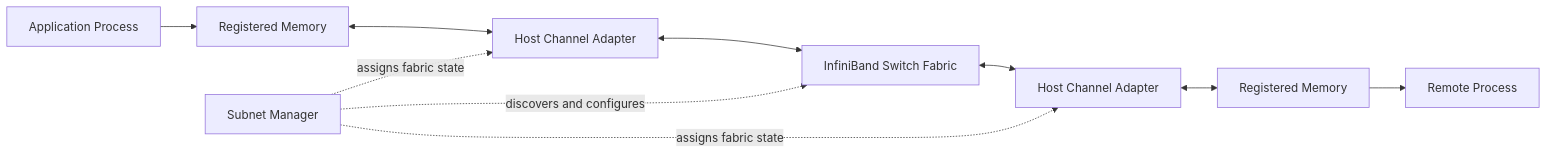
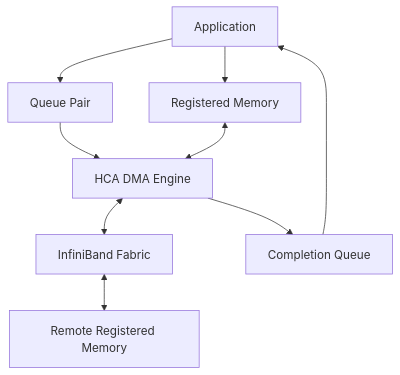
One commit to jithinpnjm/nvidia-devops changed the third of 3 diagrams in docs/nvidia-zero-to-hero/volume-08/chapter-01-why-infiniband-exists.md. Above: the diagram before and after it, drawn with Mermaid. The commit also changed other lines of this file, not shown here.

````diff
--- a/docs/nvidia-zero-to-hero/volume-08/chapter-01-why-infiniband-exists.md
+++ b/docs/nvidia-zero-to-hero/volume-08/chapter-01-why-infiniband-exists.md
@@ -60,18 +166,17 @@
 ```mermaid
-flowchart LR
-    App0[Application Process]
-    Memory0[Registered Memory]
-    HCA0[Host Channel Adapter]
-    Switches[InfiniBand Switch Fabric]
-    HCA1[Host Channel Adapter]
-    Memory1[Registered Memory]
-    App1[Remote Process]
-    SM[Subnet Manager]
+flowchart TD
+    App[Application]
+    Reg[Registered Memory]
+    QP[Queue Pair]
+    HCA[HCA DMA Engine]
+    Network[InfiniBand Fabric]
+    Remote[Remote Registered Memory]
+    CQ[Completion Queue]
 
-    App0 --> Memory0
-    Memory0 <--> HCA0 <--> Switches <--> HCA1 <--> Memory1
-    Memory1 --> App1
-    SM -. discovers and configures .-> Switches
-    SM -. assigns fabric state .-> HCA0
-    SM -. assigns fabric state .-> HCA1
+    App --> Reg
+    App --> QP
+    QP --> HCA
+    Reg <--> HCA
+    HCA <--> Network <--> Remote
+    HCA --> CQ --> App
 ```
````
